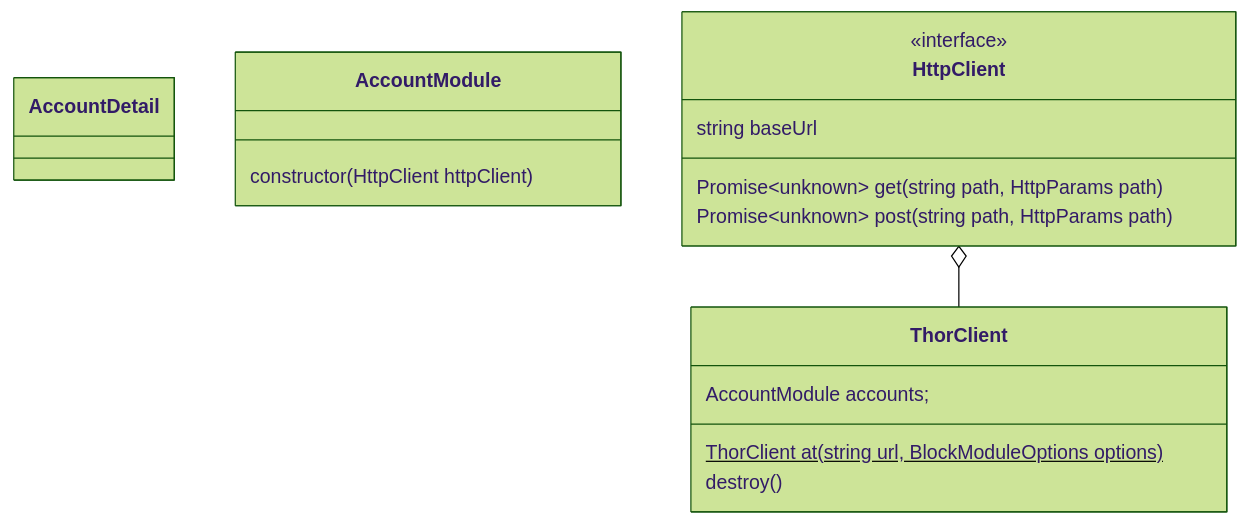
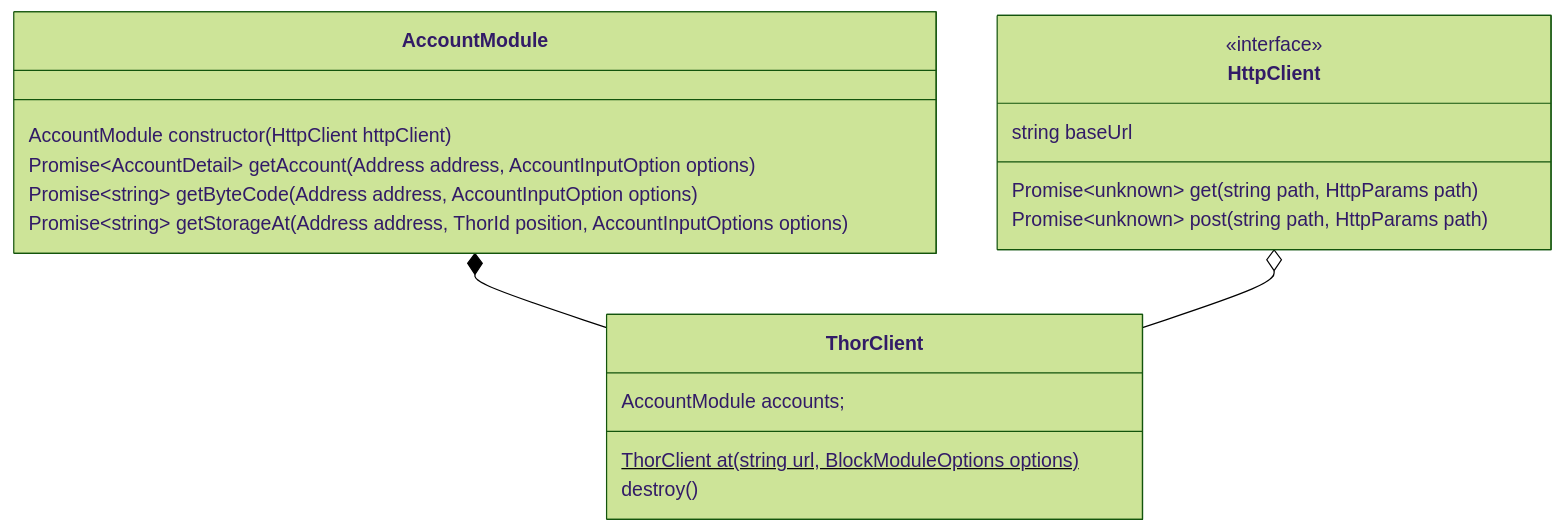
One commit to vechain/vechain-sdk-js changed the diagram in docs/diagrams/architecture/network.md. Above: the diagram before and after it, drawn with Mermaid (forest theme). The commit also changed 15 other files, not shown here.

Commit message:
feat: 1450 account module refactoring

````diff
--- a/docs/diagrams/architecture/network.md
+++ b/docs/diagrams/architecture/network.md
@@ -1,22 +1,23 @@
 ```mermaid
 classDiagram
-    class AccountDetail {
-        
-    }
     class AccountModule {
-        constructor(HttpClient httpClient)
+        AccountModule constructor(HttpClient httpClient)
+        Promise~AccountDetail~ getAccount(Address address, AccountInputOption options)
+        Promise~string~ getByteCode(Address address, AccountInputOption options)
+        Promise~string~ getStorageAt(Address address, ThorId position, AccountInputOptions options)
     }
     class HttpClient {
         <<interface>>
         string baseUrl
         Promise~unknown~ get(string path, HttpParams path)
         Promise~unknown~ post(string path, HttpParams path)
     }
     class ThorClient {
         AccountModule accounts;
         ThorClient at(string url, BlockModuleOptions options)$
         destroy()
     }
+    AccountModule *-- ThorClient
     HttpClient o-- ThorClient
     
 ```
````
